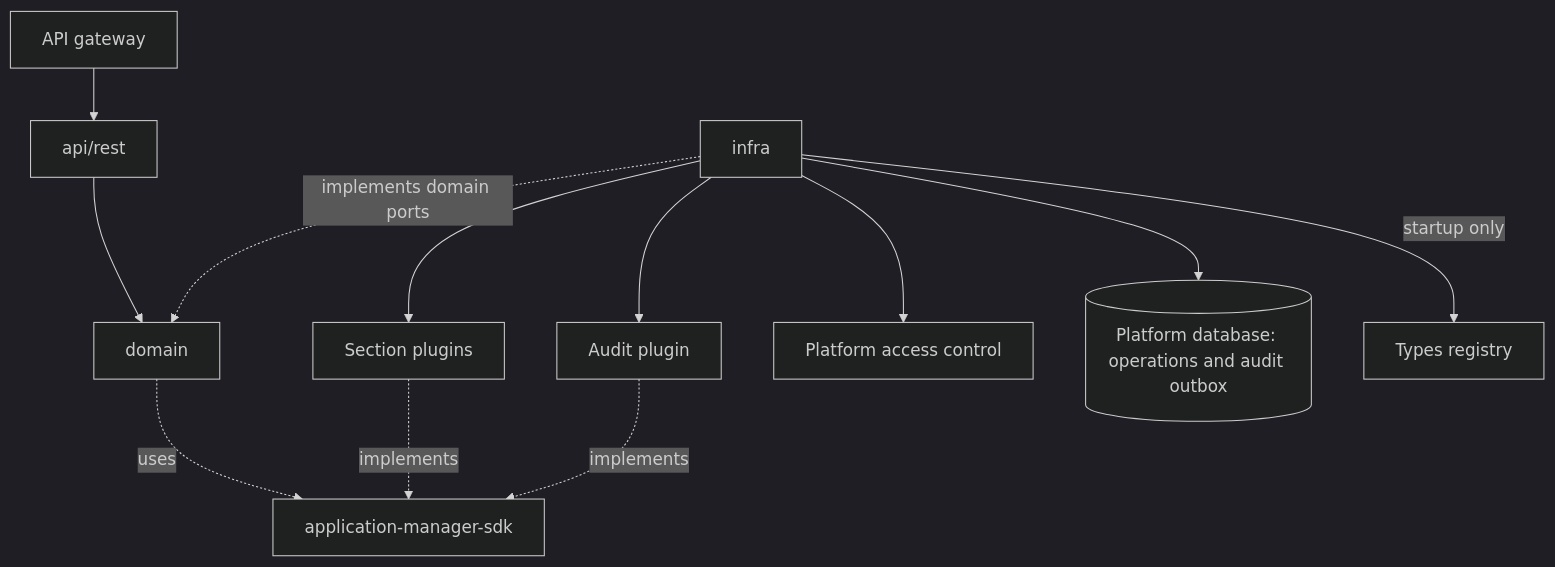
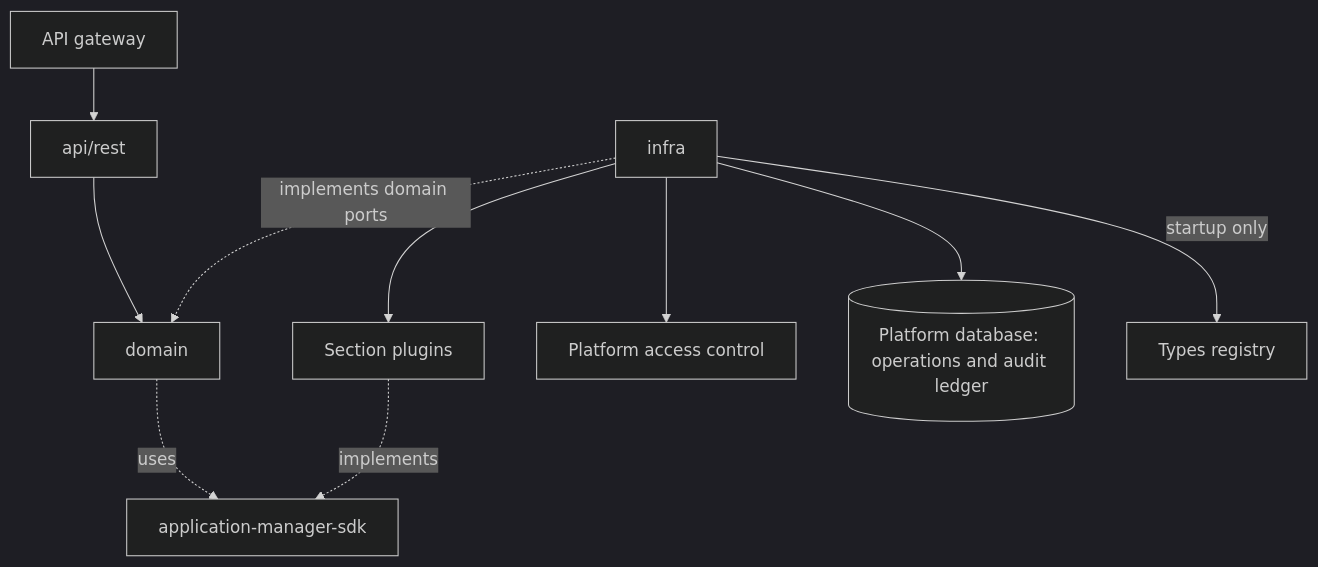
The first of 7 diagrams in gears/system/application-manager/docs/DESIGN.md (constructorfabric/gears-rust), drawn with Mermaid (dark theme) before and after one commit. The commit also changed other lines of this file and 8 other files, not shown here.

````diff
--- a/gears/system/application-manager/docs/DESIGN.md
+++ b/gears/system/application-manager/docs/DESIGN.md
@@ -114,13 +120,11 @@
 ```mermaid
 flowchart TB
     GW["API gateway"] --> API["api/rest"] --> DOM["domain"]
     INF["infra"] -.->|"implements domain ports"| DOM
     INF --> SP["Section plugins"]
-    INF --> AP["Audit plugin"]
     INF --> PDP["Platform access control"]
-    INF --> DB[("Platform database: operations and audit outbox")]
+    INF --> DB[("Platform database: operations and audit ledger")]
     INF -->|"startup only"| TR["Types registry"]
     SP -. implements .-> SDK["application-manager-sdk"]
-    AP -. implements .-> SDK
     DOM -. uses .-> SDK
 ```
````
